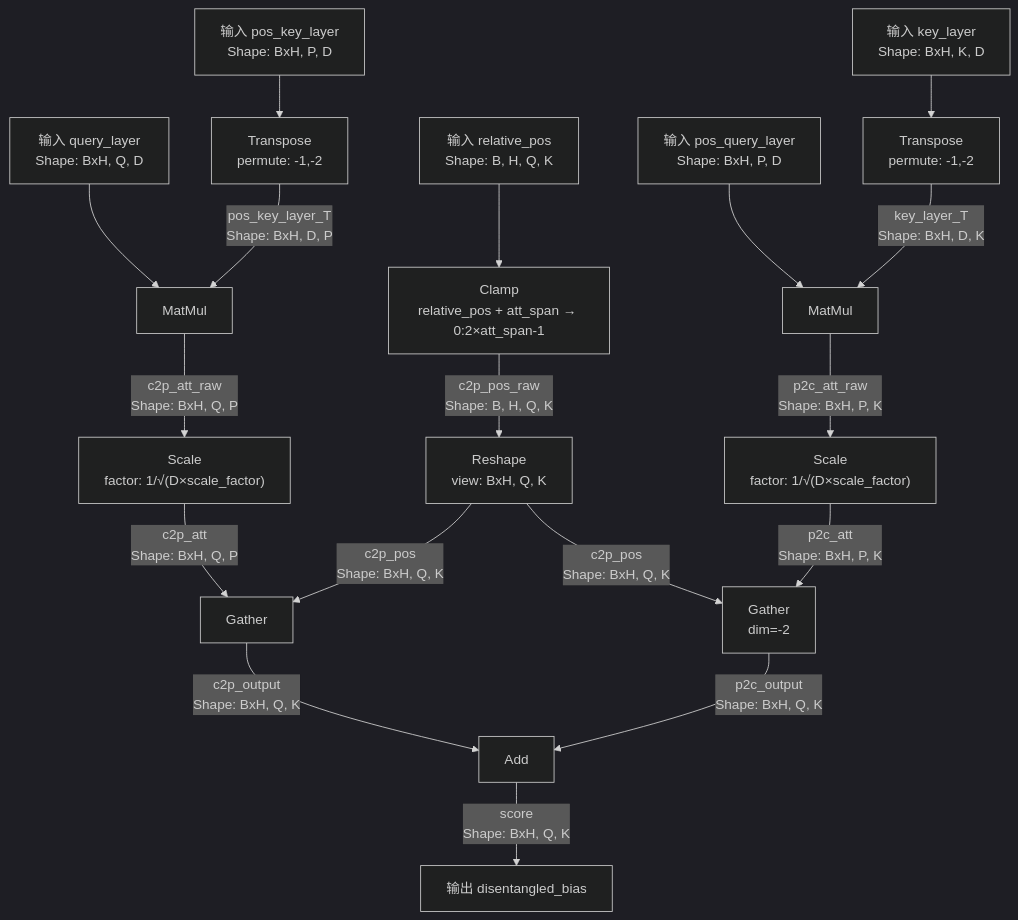
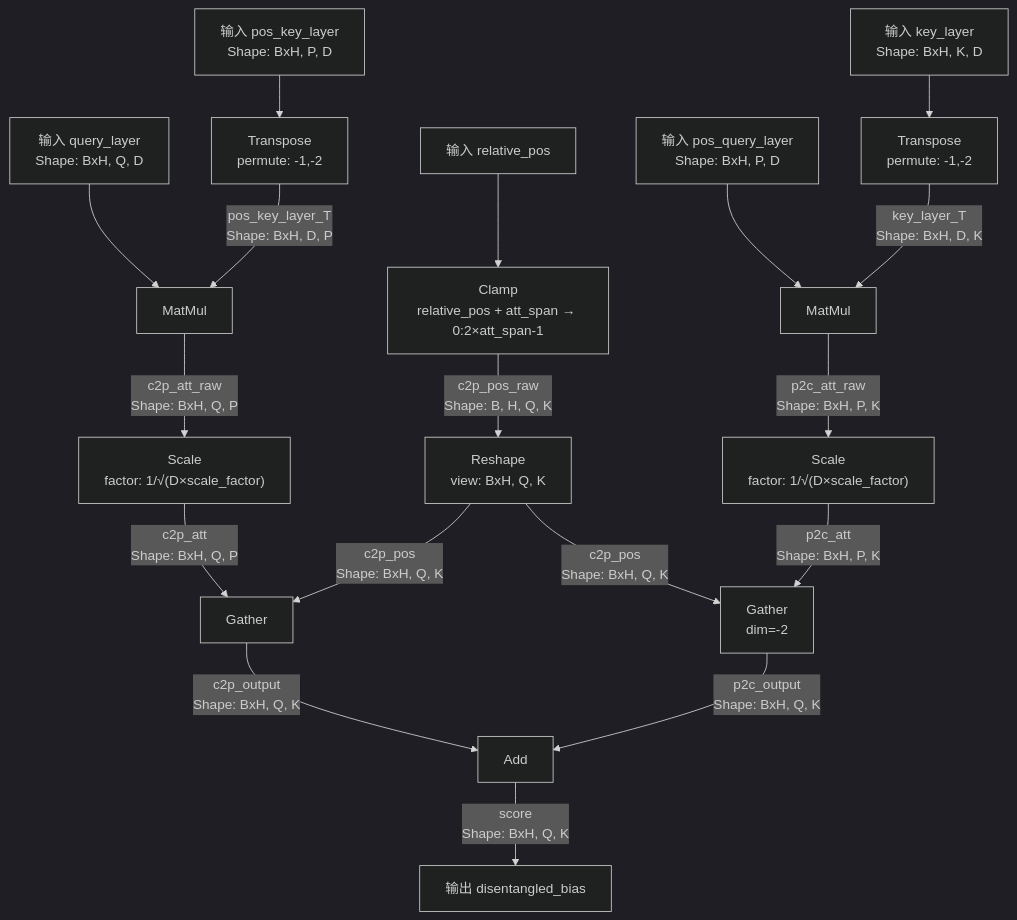
Before and after one commit to Ascend/RecSDK: the diagram in cust_op/ascendc_op/ai_core_op/disentangle_attention/v220/README.md, drawn with Mermaid (dark theme). The commit also changed other lines of this file and 13 other files, not shown here.

````diff
--- a/cust_op/ascendc_op/ai_core_op/disentangle_attention/v220/README.md
+++ b/cust_op/ascendc_op/ai_core_op/disentangle_attention/v220/README.md
@@ -55,28 +55,28 @@
 ```mermaid
 
 graph TD
     %% ====== 内容到位置路径（c2p） ======
     InputQuery["输入 query_layer<br/>Shape: BxH, Q, D"] --> MatMul1["MatMul"]
     InputPosKey["输入 pos_key_layer<br/>Shape: BxH, P, D"] --> Transpose["Transpose<br/>permute: -1,-2"]
     Transpose -->|"pos_key_layer_T<br/>Shape: BxH, D, P"| MatMul1
     MatMul1 -->|"c2p_att_raw<br/>Shape: BxH, Q, P"| Scale1["Scale<br/>factor: 1/&radic;(D×scale_factor)"]
     Scale1 -->|"c2p_att<br/>Shape: BxH, Q, P"| Gather1["Gather"]
 
-    InputRelPos["输入 relative_pos<br/>Shape: B, H, Q, K"] --> Clamp["Clamp<br/>relative_pos + att_span → 0:2×att_span-1"]
+    InputRelPos["输入 relative_pos"] --> Clamp["Clamp<br/>relative_pos + att_span → 0:2×att_span-1"]
     Clamp -->|"c2p_pos_raw<br/>Shape: B, H, Q, K"| Reshape["Reshape<br/>view: BxH, Q, K"]
     Reshape -->|"c2p_pos<br/>Shape: BxH, Q, K"| Gather1
     Gather1 -->|"c2p_output<br/>Shape: BxH, Q, K"| Add["Add"]
 
     %% ====== 位置到内容路径（p2c） ======
     InputPosQuery["输入 pos_query_layer<br/>Shape: BxH, P, D"] --> MatMul2["MatMul"]
     InputKey["输入 key_layer<br/>Shape: BxH, K, D"] --> Transpose2["Transpose<br/>permute: -1,-2"]
     Transpose2 -->|"key_layer_T<br/>Shape: BxH, D, K"| MatMul2
     MatMul2 -->|"p2c_att_raw<br/>Shape: BxH, P, K"| Scale2["Scale<br/>factor: 1/&radic;(D×scale_factor)"]
     Scale2 -->|"p2c_att<br/>Shape: BxH, P, K"| Gather2["Gather<br/>dim=-2"]
     Reshape -->|"c2p_pos<br/>Shape: BxH, Q, K"| Gather2
     Gather2 -->|"p2c_output<br/>Shape: BxH, Q, K"| Add
 
     %% ====== 结果输出 ======
     Add -->|"score<br/>Shape: BxH, Q, K"| Output["输出 disentangled_bias"]
 
 ```
````
